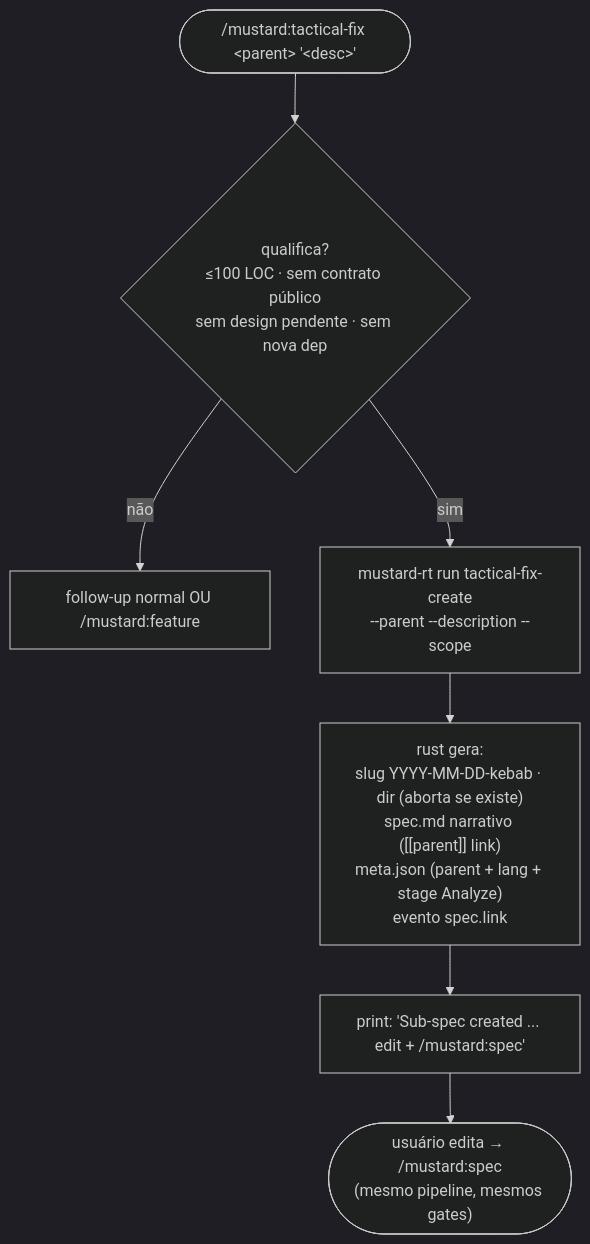
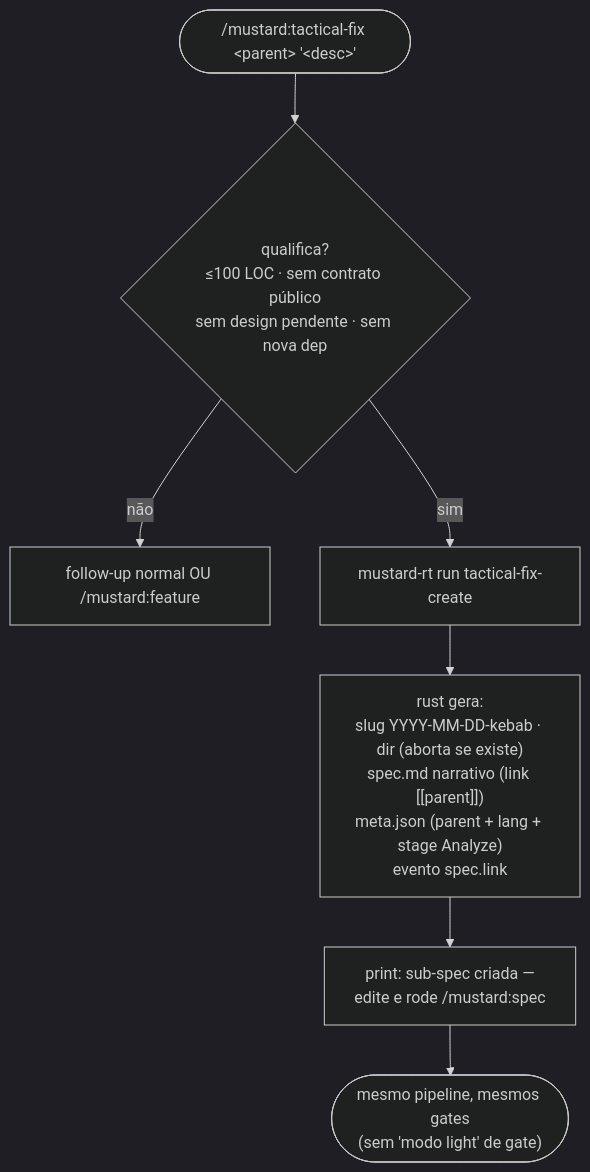
Before and after one commit to rubensrpj/mustard: the tenth of 20 diagrams in MUSTARD-COMMANDS.md, drawn with Mermaid (dark theme). The commit also changed other lines of this file and 35 other files, not shown here.

````diff
--- a/MUSTARD-COMMANDS.md
+++ b/MUSTARD-COMMANDS.md
@@ -322,10 +371,10 @@
 ```mermaid
 flowchart TD
     start(["/mustard:tactical-fix &lt;parent&gt; '&lt;desc&gt;'"]) --> qual{"qualifica?<br/>≤100 LOC · sem contrato público<br/>sem design pendente · sem nova dep"}
     qual -->|não| route["follow-up normal OU /mustard:feature"]
-    qual -->|sim| create["mustard-rt run tactical-fix-create<br/>--parent --description --scope"]
+    qual -->|sim| create["mustard-rt run tactical-fix-create"]
 
-    create --> gen["rust gera:<br/>slug YYYY-MM-DD-kebab · dir (aborta se existe)<br/>spec.md narrativo ([[parent]] link)<br/>meta.json (parent + lang + stage Analyze)<br/>evento spec.link"]
-    gen --> print["print: 'Sub-spec created ... edit + /mustard:spec'"]
-    print --> done(["usuário edita → /mustard:spec<br/>(mesmo pipeline, mesmos gates)"])
+    create --> gen["rust gera:<br/>slug YYYY-MM-DD-kebab · dir (aborta se existe)<br/>spec.md narrativo (link [[parent]])<br/>meta.json (parent + lang + stage Analyze)<br/>evento spec.link"]
+    gen --> print["print: sub-spec criada —<br/>edite e rode /mustard:spec"]
+    print --> done(["mesmo pipeline, mesmos gates<br/>(sem 'modo light' de gate)"])
 ```
````
